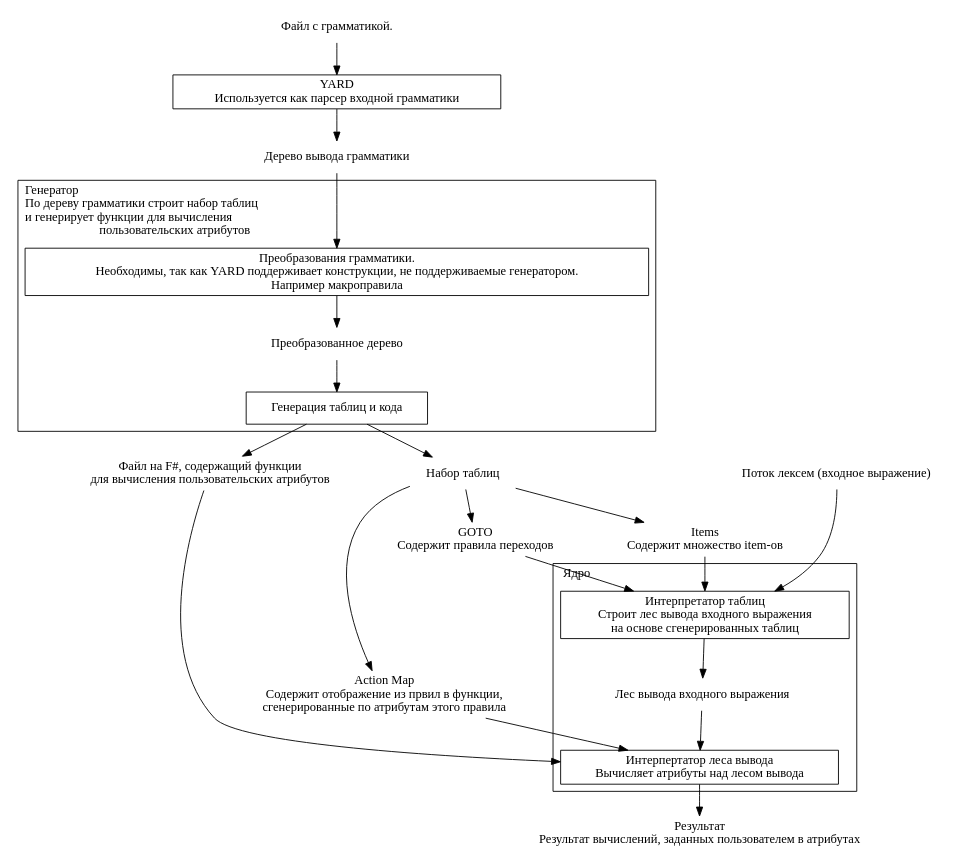
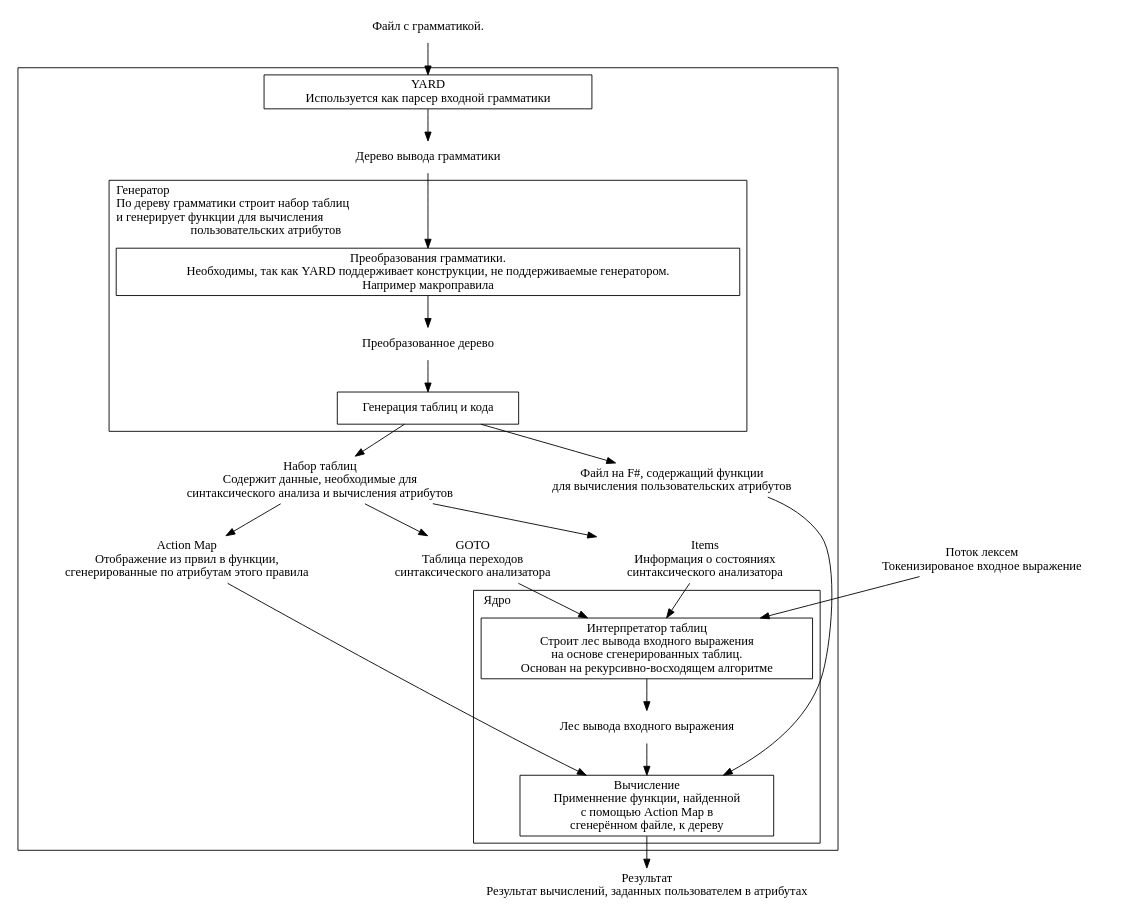
Before and after one commit to YaccConstructor/YaccConstructor: the diagram in Docs/Reports/SemenGrigorev/Diploma/sources_new/DOT/general_tool_structure.dot, drawn with Graphviz.

Commit message:
Tool structure diagram is changed

```diff
--- a/Docs/Reports/SemenGrigorev/Diploma/sources_new/DOT/general_tool_structure.dot
+++ b/Docs/Reports/SemenGrigorev/Diploma/sources_new/DOT/general_tool_structure.dot
@@ -1,70 +1,94 @@
 digraph general_structure
 {
-   SOURCE_GRAMMAR [shape = plaintext, label = "Файл с грамматикой."]
-   
-   YARD [shape = box, label = "YARD \n Используется как парсер входной грамматики"]
-   
-   IL [shape = plaintext, label = "Дерево вывода грамматики"]
-   
-   LEXEMES_SREAM [shape = plaintext, label = "Поток лексем (входное выражение)"]
-   
-   TABLES [shape = plaintext, label = "Набор таблиц"]
-   
-   T_GOTO [shape = plaintext, label = "GOTO \n Содержит правила переходов"]
-   T_ITEMS [shape = plaintext, label = "Items \n Содержит множество item-ов"]
-   T_ACTION_MAP [shape = plaintext, label = "Action Map \n Содержит отображение из првил в функции, \n сгенерированные по атрибутам этого правила"]
-   
-   SOURCE_CODE [shape = plaintext, label = "Файл на F#, содержащий функции \n для вычисления пользовательских атрибутов"]        
-
-   RESULT [shape = plaintext, label = "Результат \n Результат вычислений, заданных пользователем в атрибутах"]
-   
-   {rank = "same"; TABLES SOURCE_CODE LEXEMES_SREAM};
-   
-   subgraph cluster_GENERATOR
-   {   	
-		labeljust=l
-		label = "Генератор \l По дереву грамматики строит набор таблиц \l и генерирует функции для вычисления \l пользовательских атрибутов"
-		
-		
-		TRANSFORMATIONS[shape = box, label = "Преобразования грамматики. \n Необходимы, так как YARD поддерживает конструкции, не поддерживаемые генератором. \n Например макроправила"]
-		
-		TRANSFORMED_GRAMMAR[shape = plaintext, label = "Преобразованное дерево"]
-		
-		GENERATOR[shape = box, label = "Генерация таблиц и кода"]
-		
-		TRANSFORMATIONS -> TRANSFORMED_GRAMMAR
-		TRANSFORMED_GRAMMAR -> GENERATOR
-   }
-   
-   
-   subgraph cluster_CORE
-   {
-		label = "Ядро"
-		labeljust=l
-		
-		TABLE_INTERPRETATOR [shape = box, label = "Интерпретатор таблиц \n Строит лес вывода входного выражения \n на основе сгенерированных таблиц"]			
-		
-		DIRIV_FOREST [shape = plaintext, label = "Лес вывода входного выражения"]
-		
-		AST_INTERPRETATOR [shape = box, label = "Интерпертатор леса вывода \n Вычисляет атрибуты над лесом вывода"]
-		
-		
-		TABLE_INTERPRETATOR -> DIRIV_FOREST		
-		DIRIV_FOREST -> AST_INTERPRETATOR
+	SOURCE_GRAMMAR [shape = plaintext, label = "Файл с грамматикой."]
+	
+	LEXEMES_SREAM [shape = plaintext, label = "Поток лексем \n Токенизированое входное выражение"]
+	
+	RESULT [shape = plaintext, label = "Результат \n Результат вычислений, заданных пользователем в атрибутах"]
+	
+	subgraph cluster_TOOL
+	{
+	  
+	   
+	   YARD [shape = box, label = "YARD \n Используется как парсер входной грамматики"]
+	   
+	   IL [shape = plaintext, label = "Дерево вывода грамматики"]	   	  
+	   
+	   TABLES [shape = plaintext, label = "Набор таблиц \n Содержит данные, необходимые для \n синтаксического анализа и вычисления атрибутов"]
+	   
+	   T_GOTO [shape = plaintext, label = "GOTO \n Таблица переходов \n синтаксического анализатора"]
+	   T_ITEMS [shape = plaintext, label = "Items \n Информация о состояниях \n синтаксического анализатора"]
+	   T_ACTION_MAP [shape = plaintext, label = "Action Map \n Отображение из првил в функции, \n сгенерированные по атрибутам этого правила"]
+	   
+	   SOURCE_CODE [shape = plaintext, label = "Файл на F#, содержащий функции \n для вычисления пользовательских атрибутов"]        	  
+	   
+	   {rank = "same"; TABLES SOURCE_CODE };
+	   {rank = "same"; T_GOTO T_ITEMS T_ACTION_MAP};
+	   
+	   subgraph cluster_GENERATOR
+	   {   	
+			labeljust=l
+			label = "Генератор \l По дереву грамматики строит набор таблиц \l и генерирует функции для вычисления \l пользовательских атрибутов"
+			
+			
+			TRANSFORMATIONS[shape = box, label = "Преобразования грамматики. \n Необходимы, так как YARD поддерживает конструкции, не поддерживаемые генератором. \n Например макроправила"]
+			
+			TRANSFORMED_GRAMMAR[shape = plaintext, label = "Преобразованное дерево"]
+			
+			GENERATOR[shape = box, label = "Генерация таблиц и кода"]
+			
+			TRANSFORMATIONS -> TRANSFORMED_GRAMMAR
+			TRANSFORMED_GRAMMAR -> GENERATOR
+	   }
+	   
+	   
+	   subgraph cluster_CORE
+	   {
+			label = "Ядро"
+			labeljust=l
+			
+			TABLE_INTERPRETATOR [shape = box, label = "Интерпретатор таблиц \n Строит лес вывода входного выражения \n на основе сгенерированных таблиц. \n Основан на рекурсивно-восходящем алгоритме"]			
+			
+			DIRIV_FOREST [shape = plaintext, label = "Лес вывода входного выражения"]
+			
+			/*subgraph cluster_AST_INTERPRETATOR
+			{
+				label = "Интерпертатор леса вывода \n Вычисляет атрибуты над лесом вывода"
+				TREE_WALKER[shape = box, label ="Обход дерева вывода"]
+				NODES[shape = plaintext, label = "Список сыновей узла дерева вывода"]
+				STRING_TO_TREE_CONVERTER[shape = box, label ="Свёртка списка в дерево"]
+				RE_TREE[shape = plaintext, label = "Дерево вывода строки в грамматике, \n заданной регулярным выражением \n в правой части правила"]
+				CALCULATOR[shape = box, label ="Вычисление \n Применнение функции, найденной \n с помощью Action Map в \n сгенерённом файле, к дереву"]
+				
+				TREE_WALKER -> NODES
+				NODES -> STRING_TO_TREE_CONVERTER
+				STRING_TO_TREE_CONVERTER -> RE_TREE
+				RE_TREE -> CALCULATOR
+				
+			}
+			*/
+			
+			CALCULATOR[shape = box, label ="Вычисление \n Применнение функции, найденной \n с помощью Action Map в \n сгенерённом файле, к дереву"]
+			
+			TABLE_INTERPRETATOR -> DIRIV_FOREST		
+			//DIRIV_FOREST -> TREE_WALKER
+			DIRIV_FOREST -> CALCULATOR
+	   }
+	   	   
+	   YARD -> IL
+	   IL -> TRANSFORMATIONS      
+	   GENERATOR -> TABLES
+	   GENERATOR -> SOURCE_CODE   	   
+	   TABLES -> T_GOTO
+	   TABLES -> T_ITEMS
+	   TABLES -> T_ACTION_MAP
+	   T_GOTO -> TABLE_INTERPRETATOR
+	   T_ITEMS -> TABLE_INTERPRETATOR   
+	   SOURCE_CODE -> CALCULATOR
+	   T_ACTION_MAP -> CALCULATOR	   
    }
    
    SOURCE_GRAMMAR -> YARD
-   YARD -> IL
-   IL -> TRANSFORMATIONS      
-   GENERATOR -> TABLES
-   GENERATOR -> SOURCE_CODE   
    LEXEMES_SREAM -> TABLE_INTERPRETATOR
-   TABLES -> T_GOTO
-   TABLES -> T_ITEMS
-   TABLES -> T_ACTION_MAP
-   T_GOTO -> TABLE_INTERPRETATOR
-   T_ITEMS -> TABLE_INTERPRETATOR   
-   SOURCE_CODE -> AST_INTERPRETATOR
-   T_ACTION_MAP -> AST_INTERPRETATOR
-   AST_INTERPRETATOR -> RESULT
+   CALCULATOR -> RESULT
 }
```
